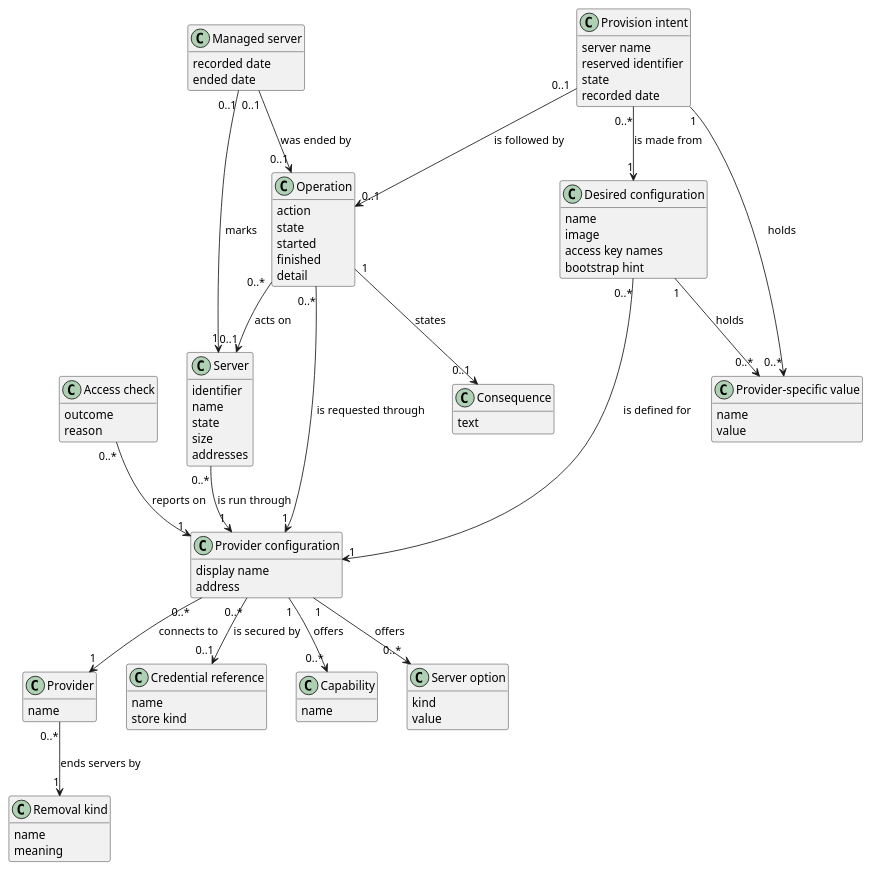
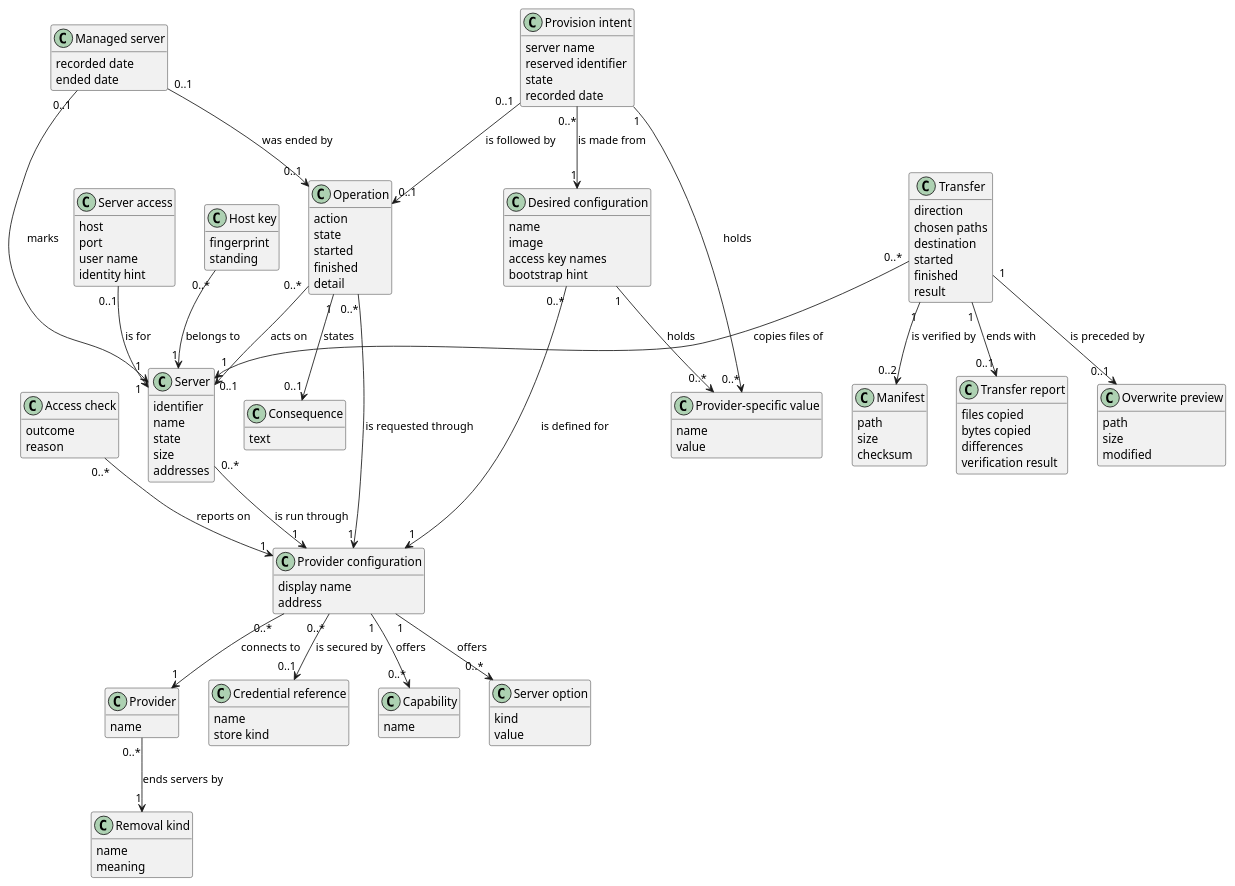
The diagram in docs/domain-model.md (TirSystem/iac-node-forge), drawn with PlantUML before and after one commit. The commit also changed other lines of this file and 19 other files, not shown here.

````diff
--- a/docs/domain-model.md
+++ b/docs/domain-model.md
@@ -94,6 +95,40 @@
   state
   recorded date
 }
+class "Server access" as SA {
+  host
+  port
+  user name
+  identity hint
+}
+class "Host key" as HK {
+  fingerprint
+  standing
+}
+class Transfer {
+  direction
+  chosen paths
+  destination
+  started
+  finished
+  result
+}
+class Manifest {
+  path
+  size
+  checksum
+}
+class "Transfer report" as TR {
+  files copied
+  bytes copied
+  differences
+  verification result
+}
+class "Overwrite preview" as OP {
+  path
+  size
+  modified
+}
 
 PC "0..*" --> "1" Provider : connects to
 PC "0..*" --> "0..1" CR : is secured by
@@ -112,5 +147,11 @@
 Provider "0..*" --> "1" RK : ends servers by
 Operation "1" --> "0..1" Consequence : states
 MS "0..1" --> "0..1" Operation : was ended by
+SA "0..1" --> "1" Server : is for
+HK "0..*" --> "1" Server : belongs to
+Transfer "0..*" --> "1" Server : copies files of
+Transfer "1" --> "0..2" Manifest : is verified by
+Transfer "1" --> "0..1" TR : ends with
+Transfer "1" --> "0..1" OP : is preceded by
 @enduml
 ```
````
